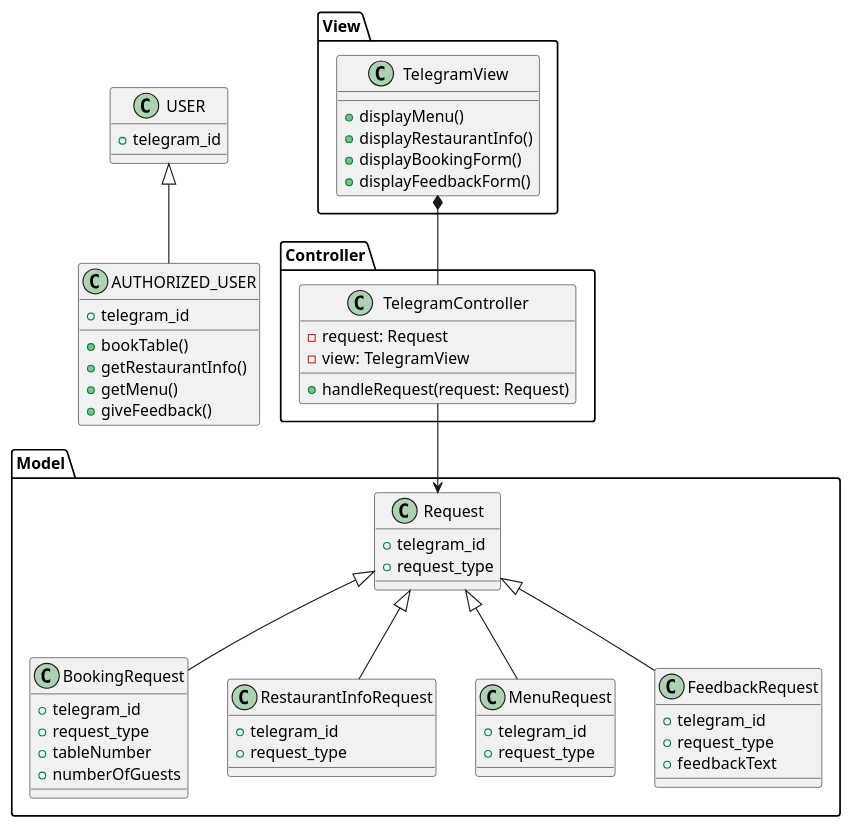
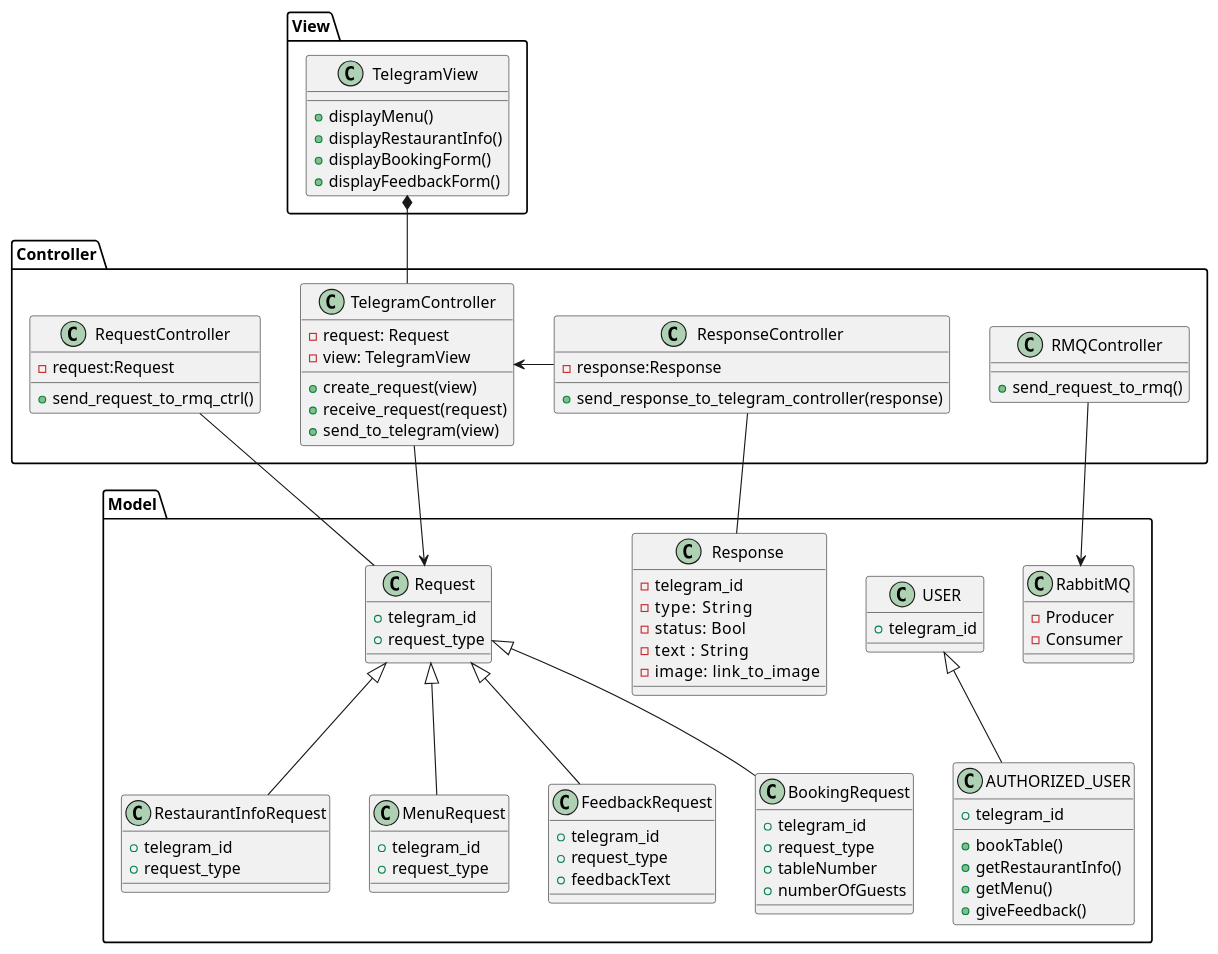
Before and after one commit to limpwinter/rina_connector: the diagram in diagrams/class_diagram.puml, drawn with PlantUML.

Commit message:
Updated class diagram

```diff
--- a/diagrams/class_diagram.puml
+++ b/diagrams/class_diagram.puml
@@ -1,72 +1,107 @@
 @startuml
 
+
 package "Model" {
+
+class RabbitMQ{
+-Producer
+-Consumer
+}
+class USER {
+  +telegram_id
+}
+
+class AUTHORIZED_USER {
+  +telegram_id
+  +bookTable()
+  +getRestaurantInfo()
+  +getMenu()
+  +giveFeedback()
+}
+  class Response{
+  -telegram_id
+  -type:    String
+  -status:  Bool
+  -text :   String
+  -image:   link_to_image
+
+
+  }
+
   class Request {
     +telegram_id
     +request_type
   }
 
   class BookingRequest {
     +telegram_id
     +request_type
     +tableNumber
     +numberOfGuests
   }
 
   class RestaurantInfoRequest {
     +telegram_id
     +request_type
   }
 
   class MenuRequest {
     +telegram_id
     +request_type
   }
 
   class FeedbackRequest {
     +telegram_id
     +request_type
     +feedbackText
   }
 
   Request <|-- BookingRequest
   Request <|-- RestaurantInfoRequest
   Request <|-- MenuRequest
   Request <|-- FeedbackRequest
 }
 
 package "View" {
   class TelegramView {
     +displayMenu()
     +displayRestaurantInfo()
     +displayBookingForm()
     +displayFeedbackForm()
   }
 }
 
 package "Controller" {
+
+  class RMQController{
+  +send_request_to_rmq()
+  }
+  class ResponseController{
+  -response:Response
+'  +receive_response_from_rmq()
+  +send_response_to_telegram_controller(response)
+  }
+  class RequestController{
+  -request:Request
+  +send_request_to_rmq_ctrl()
+  }
   class TelegramController {
     -request: Request
     -view: TelegramView
 
-    +handleRequest(request: Request)
+    +create_request(view)
+    +receive_request(request)
+    +send_to_telegram(view)
   }
 }
 
-class USER {
-  +telegram_id
-}
 
-class AUTHORIZED_USER {
-  +telegram_id
-  +bookTable()
-  +getRestaurantInfo()
-  +getMenu()
-  +giveFeedback()
-}
-
+ResponseController -> TelegramController
+ResponseController -- Response
+RequestController -- Request
 USER <|-- AUTHORIZED_USER
 TelegramView *-- TelegramController
 TelegramController --> Request
+RMQController --> RabbitMQ
 
 @enduml
```
